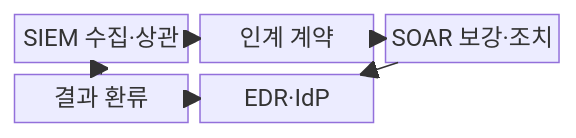
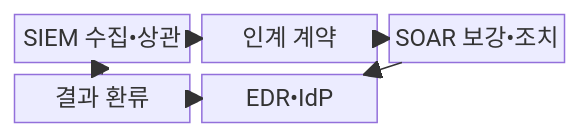
One commit to agnusdei1207/knowledge-base changed the first of 2 diagrams in src/content/docs/notes/05-security/037_siem_vs_soar.md. Above: the diagram before and after it, drawn with Mermaid. The commit also changed other lines of this file and 953 other files, not shown here.

````diff
--- a/src/content/docs/notes/05-security/037_siem_vs_soar.md
+++ b/src/content/docs/notes/05-security/037_siem_vs_soar.md
@@ -63,14 +63,14 @@
 ```mermaid
 block
   columns 3
-  A["SIEM 수집·상관"]
+  A["SIEM 수집•상관"]
   B["인계 계약"]
-  C["SOAR 보강·조치"]
+  C["SOAR 보강•조치"]
   D["결과 환류"]
-  E["EDR·IdP"]
+  E["EDR•IdP"]
     A --> B
     B --> C
     C --> E
     E --> D
     D --> A
 ```
````
